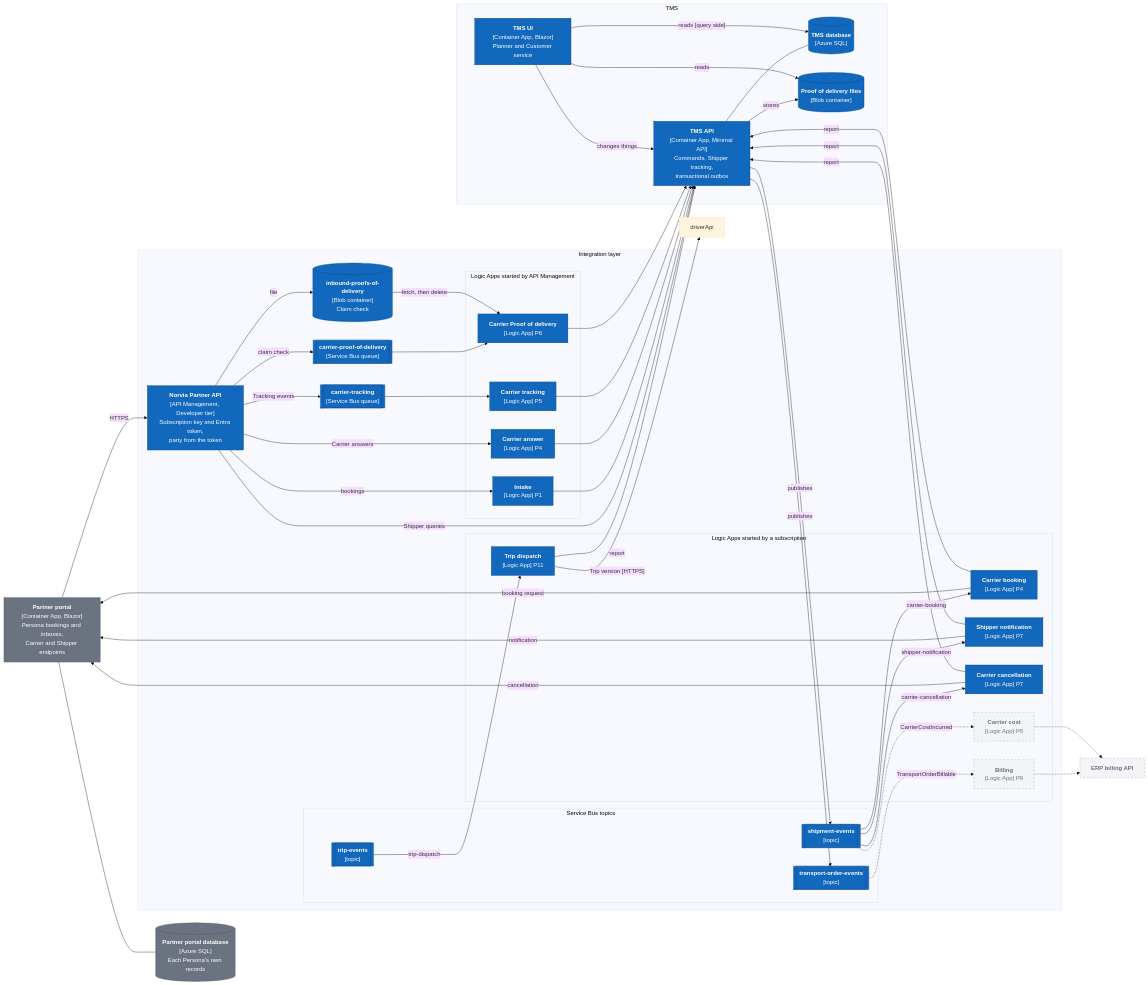
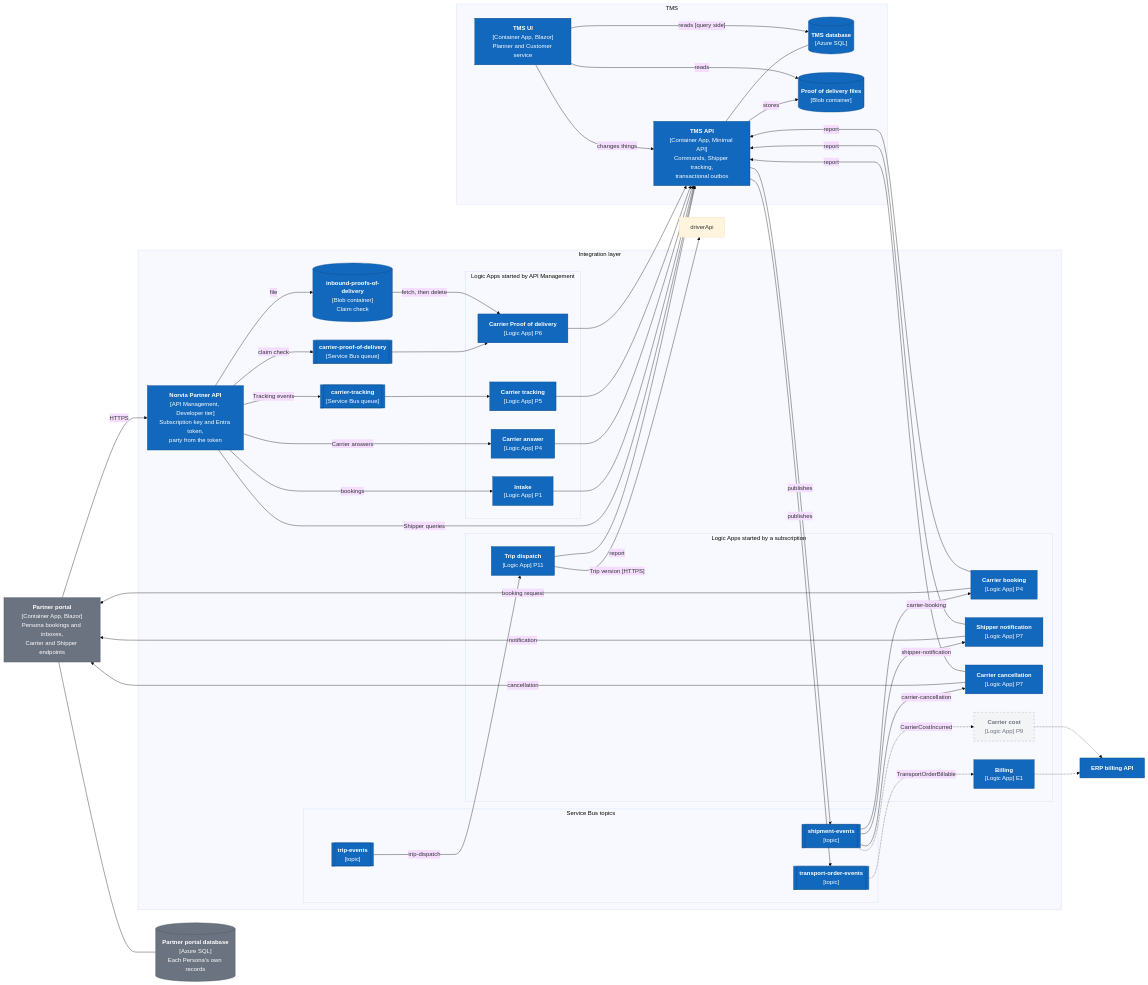
One commit to congruent-it/norvia-sandbox changed the third of 6 diagrams in docs/architecture/c4.md. Above: the diagram before and after it, drawn with Mermaid (base theme). The commit also changed other lines of this file and 64 other files, not shown here.

First line of the commit message:
Billing Logic App: TransportOrderBillable to billable line (#579)

```diff
--- a/docs/architecture/c4.md
+++ b/docs/architecture/c4.md
@@ -122,7 +122,7 @@
             notify["<b>Shipper notification</b><br/>[Logic App] P7"]:::system
             cancel["<b>Carrier cancellation</b><br/>[Logic App] P7"]:::system
             tripDispatch["<b>Trip dispatch</b><br/>[Logic App] P11"]:::system
-            billing["<b>Billing</b><br/>[Logic App] P9"]:::planned
+            billing["<b>Billing</b><br/>[Logic App] E1"]:::system
             cost["<b>Carrier cost</b><br/>[Logic App] P9"]:::planned
         end
     end
@@ -134,7 +134,7 @@
         podfiles[("<b>Proof of delivery files</b><br/>[Blob container]")]:::system
     end
 
-    erp["<b>ERP billing API</b>"]:::planned
+    erp["<b>ERP billing API</b>"]:::system
 
     portal --- portaldb
     portal -- "HTTPS" --> apim
```
